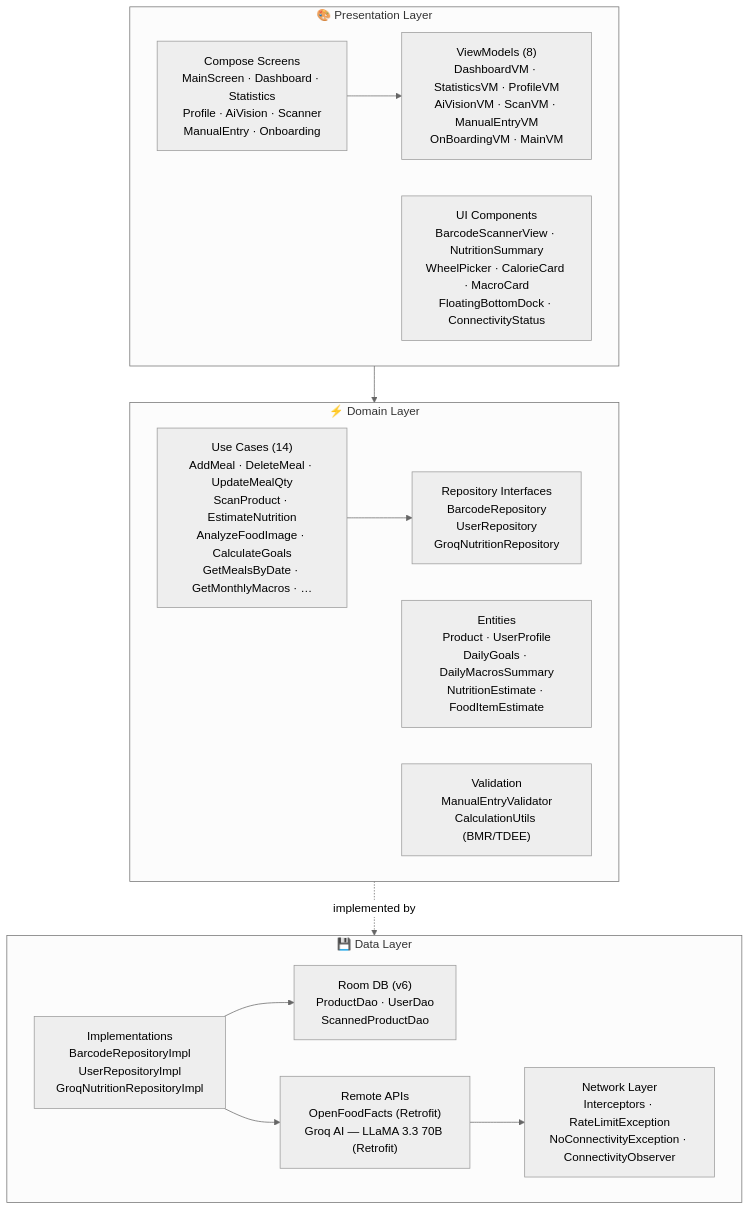
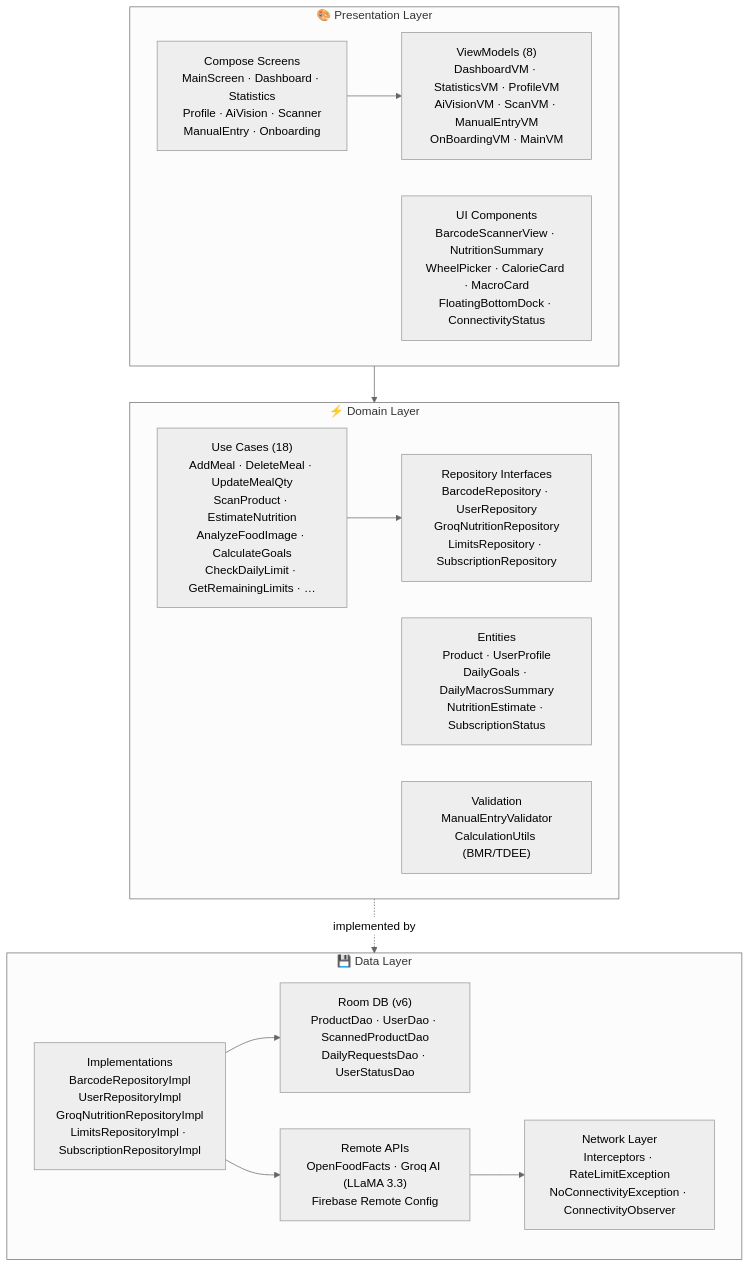
Before and after one commit to saqibcheema/calourie_ai: the first of 6 diagrams in docs/ARCHITECTURE.md, drawn with Mermaid (neutral theme). The commit also changed 5 other files, not shown here.

Commit message:
docs: add architecture and layer documentation files to project repository

````diff
--- a/docs/ARCHITECTURE.md
+++ b/docs/ARCHITECTURE.md
@@ -28,33 +28,33 @@
 ```mermaid
 graph TB
     subgraph Presentation["🎨 Presentation Layer"]
         direction LR
         Screens["Compose Screens<br/>MainScreen · Dashboard · Statistics<br/>Profile · AiVision · Scanner<br/>ManualEntry · Onboarding"]
         VMs["ViewModels (8)<br/>DashboardVM · StatisticsVM · ProfileVM<br/>AiVisionVM · ScanVM · ManualEntryVM<br/>OnBoardingVM · MainVM"]
         Components["UI Components<br/>BarcodeScannerView · NutritionSummary<br/>WheelPicker · CalorieCard · MacroCard<br/>FloatingBottomDock · ConnectivityStatus"]
     end
 
     subgraph Domain["⚡ Domain Layer"]
         direction LR
-        UseCases["Use Cases (14)<br/>AddMeal · DeleteMeal · UpdateMealQty<br/>ScanProduct · EstimateNutrition<br/>AnalyzeFoodImage · CalculateGoals<br/>GetMealsByDate · GetMonthlyMacros · …"]
-        Entities["Entities<br/>Product · UserProfile<br/>DailyGoals · DailyMacrosSummary<br/>NutritionEstimate · FoodItemEstimate"]
-        RepoInterfaces["Repository Interfaces<br/>BarcodeRepository<br/>UserRepository<br/>GroqNutritionRepository"]
+        UseCases["Use Cases (18)<br/>AddMeal · DeleteMeal · UpdateMealQty<br/>ScanProduct · EstimateNutrition<br/>AnalyzeFoodImage · CalculateGoals<br/>CheckDailyLimit · GetRemainingLimits · …"]
+        Entities["Entities<br/>Product · UserProfile<br/>DailyGoals · DailyMacrosSummary<br/>NutritionEstimate · SubscriptionStatus"]
+        RepoInterfaces["Repository Interfaces<br/>BarcodeRepository · UserRepository<br/>GroqNutritionRepository<br/>LimitsRepository · SubscriptionRepository"]
         Validation["Validation<br/>ManualEntryValidator<br/>CalculationUtils (BMR/TDEE)"]
     end
 
     subgraph Data["💾 Data Layer"]
         direction LR
-        RepoImpls["Implementations<br/>BarcodeRepositoryImpl<br/>UserRepositoryImpl<br/>GroqNutritionRepositoryImpl"]
-        Local["Room DB (v6)<br/>ProductDao · UserDao<br/>ScannedProductDao"]
-        Remote["Remote APIs<br/>OpenFoodFacts (Retrofit)<br/>Groq AI — LLaMA 3.3 70B (Retrofit)"]
+        RepoImpls["Implementations<br/>BarcodeRepositoryImpl<br/>UserRepositoryImpl<br/>GroqNutritionRepositoryImpl<br/>LimitsRepositoryImpl · SubscriptionRepositoryImpl"]
+        Local["Room DB (v6)<br/>ProductDao · UserDao · ScannedProductDao<br/>DailyRequestsDao · UserStatusDao"]
+        Remote["Remote APIs<br/>OpenFoodFacts · Groq AI (LLaMA 3.3)<br/>Firebase Remote Config"]
         Network["Network Layer<br/>Interceptors · RateLimitException<br/>NoConnectivityException · ConnectivityObserver"]
     end
 
     Screens --> VMs
     VMs --> UseCases
     UseCases --> RepoInterfaces
     RepoInterfaces -.->|implemented by| RepoImpls
     RepoImpls --> Local
     RepoImpls --> Remote
     Remote --> Network
 ```
````
